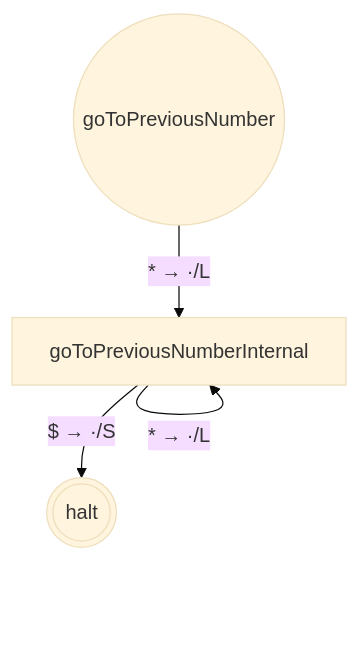
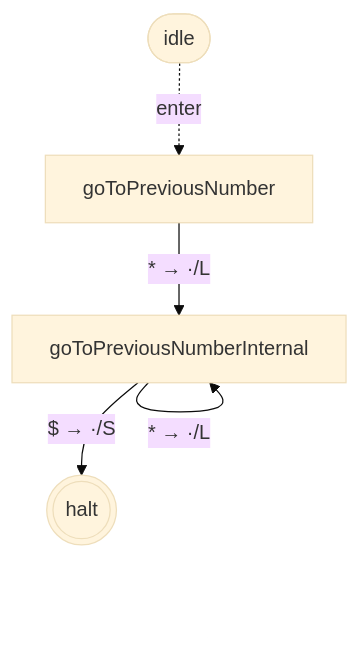
One commit to mellonis/turing-machine-js changed the third of 10 diagrams in packages/library-binary-numbers/states.md. Above: the diagram before and after it, drawn with Mermaid (base theme). The commit also changed other lines of this file and 5 other files, not shown here.

````diff
--- a/packages/library-binary-numbers/states.md
+++ b/packages/library-binary-numbers/states.md
@@ -35,10 +39,12 @@
 ```mermaid
 flowchart TD
 %% alphabets: [[" ","^","$","0","1"]]
   s0(((halt)))
   s3["goToPreviousNumberInternal"]
-  s4(("goToPreviousNumber"))
+  s4["goToPreviousNumber"]
+  idle([idle])
+  idle -. enter .-> s4
   s3 -- "$ → ·/S" --> s0
   s3 -- "* → ·/L" --> s3
   s4 -- "* → ·/L" --> s3
 ```
````
